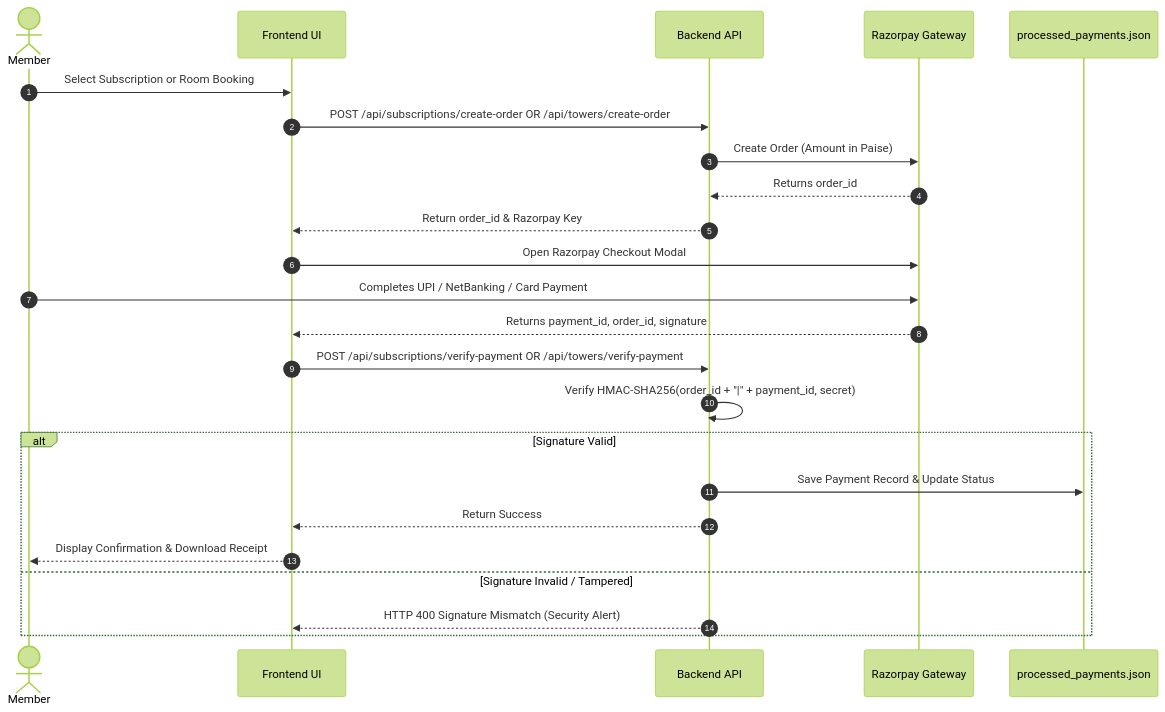
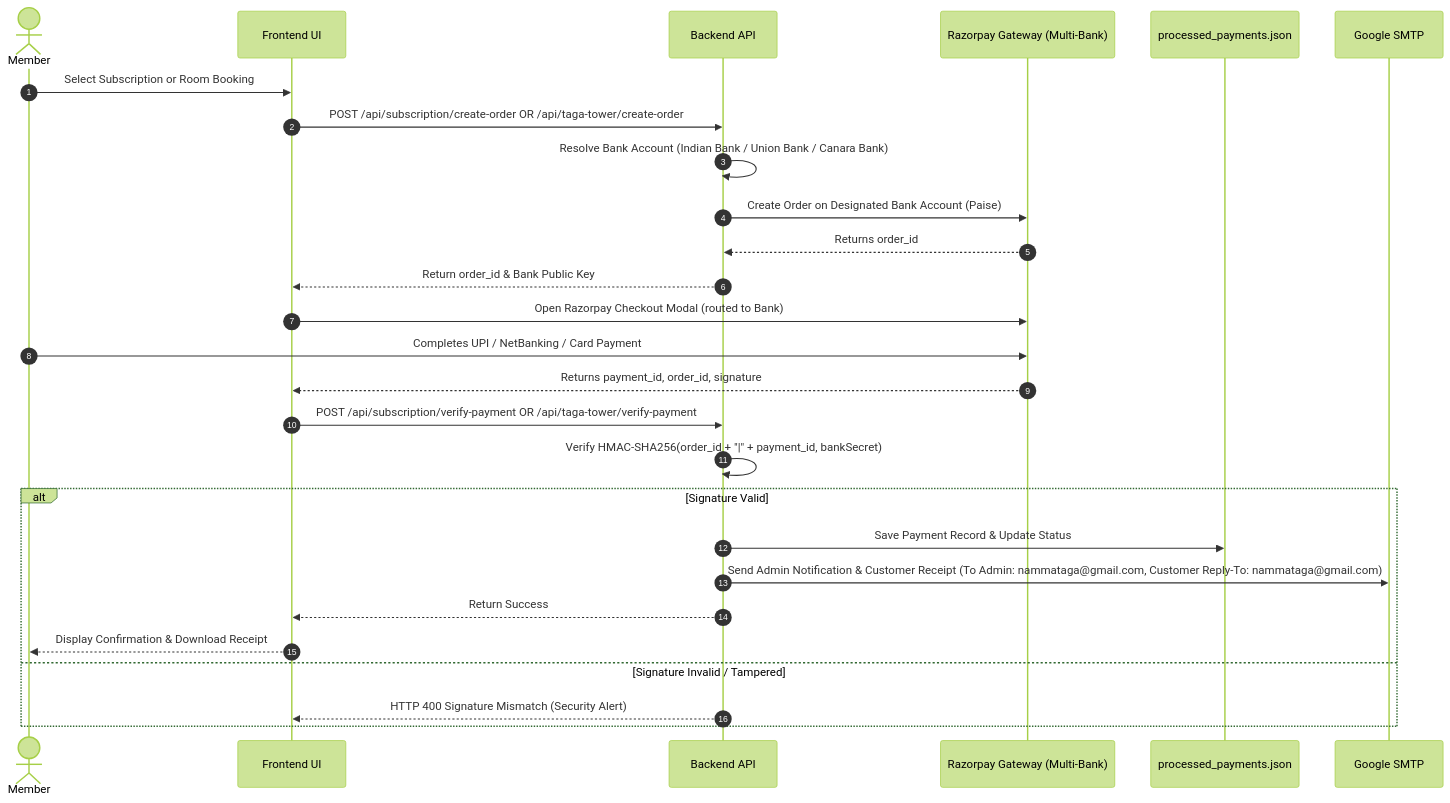
The third of 4 diagrams in HANDOVER.md (raviautopilot/nammataga), drawn with Mermaid (forest theme) before and after one commit. The commit also changed other lines of this file and 7 other files, not shown here.

Commit message:
multi bank system implemented

````diff
--- a/HANDOVER.md
+++ b/HANDOVER.md
@@ -287,27 +295,30 @@
 ```mermaid
 sequenceDiagram
     autonumber
     actor Member as Member
     participant Web as Frontend UI
     participant API as Backend API
-    participant RZP as Razorpay Gateway
+    participant RZP as Razorpay Gateway (Multi-Bank)
     participant DB as processed_payments.json
+    participant Mail as Google SMTP
 
     Member->>Web: Select Subscription or Room Booking
-    Web->>API: POST /api/subscriptions/create-order OR /api/towers/create-order
-    API->>RZP: Create Order (Amount in Paise)
+    Web->>API: POST /api/subscription/create-order OR /api/taga-tower/create-order
+    API->>API: Resolve Bank Account (Indian Bank / Union Bank / Canara Bank)
+    API->>RZP: Create Order on Designated Bank Account (Paise)
     RZP-->>API: Returns order_id
-    API-->>Web: Return order_id & Razorpay Key
-    Web->>RZP: Open Razorpay Checkout Modal
+    API-->>Web: Return order_id & Bank Public Key
+    Web->>RZP: Open Razorpay Checkout Modal (routed to Bank)
     Member->>RZP: Completes UPI / NetBanking / Card Payment
     RZP-->>Web: Returns payment_id, order_id, signature
-    Web->>API: POST /api/subscriptions/verify-payment OR /api/towers/verify-payment
-    API->>API: Verify HMAC-SHA256(order_id + "|" + payment_id, secret)
+    Web->>API: POST /api/subscription/verify-payment OR /api/taga-tower/verify-payment
+    API->>API: Verify HMAC-SHA256(order_id + "|" + payment_id, bankSecret)
     alt Signature Valid
         API->>DB: Save Payment Record & Update Status
+        API->>Mail: Send Admin Notification & Customer Receipt (To Admin: nammataga@gmail.com, Customer Reply-To: nammataga@gmail.com)
         API-->>Web: Return Success
         Web-->>Member: Display Confirmation & Download Receipt
     else Signature Invalid / Tampered
         API-->>Web: HTTP 400 Signature Mismatch (Security Alert)
     end
 ```
````
